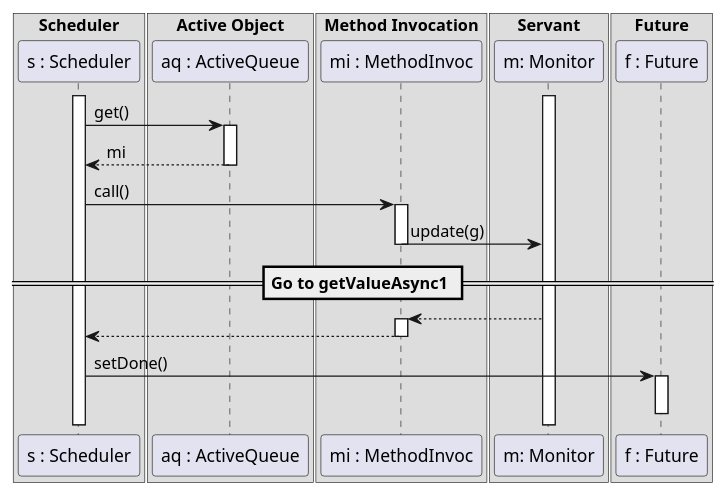
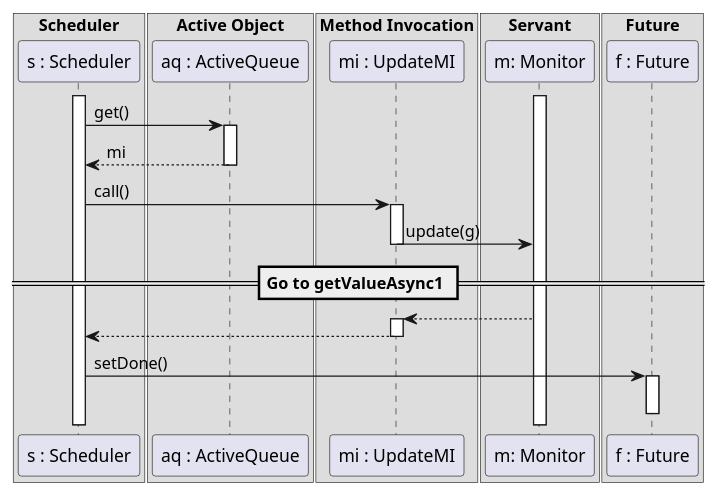
One commit to malahx/ISTIC changed the diagram in AOC/TP1/UpdateAsync2.puml. Above: the diagram before and after it, drawn with PlantUML. The commit also changed 3 other files, not shown here.

```diff
--- a/AOC/TP1/UpdateAsync2.puml
+++ b/AOC/TP1/UpdateAsync2.puml
@@ -1,35 +1,35 @@
 @startuml
 box "Scheduler"
 participant "s : Scheduler" as s
 end box
 box "Active Object"
     participant "aq : ActiveQueue" as aq
 end box
 box "Method Invocation"
-participant "mi : MethodInvoc" as mi
+participant "mi : UpdateMI" as mi
 end box
 box "Servant"
     participant "m: Monitor" as m
 end box
 box "Future"
     participant "f : Future" as f
 end box
 activate m
 activate s
 s -> aq: get()
 activate aq
 aq --> s: mi
 deactivate aq
 s -> mi: call()
 activate mi
 mi -> m: update(g)
 == Go to getValueAsync1 ==
 deactivate mi
 m --> mi
 activate mi
 mi --> s
 deactivate mi
 s -> f: setDone()
 activate f
 deactivate f
 @enduml
```
